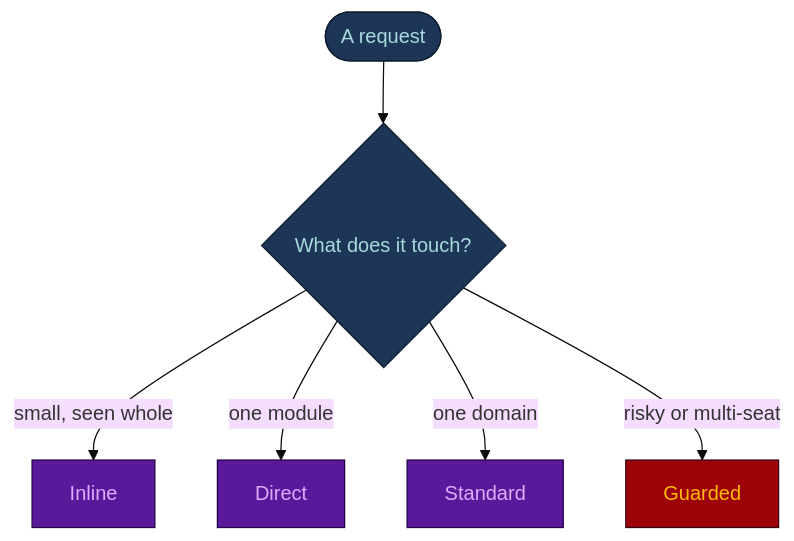
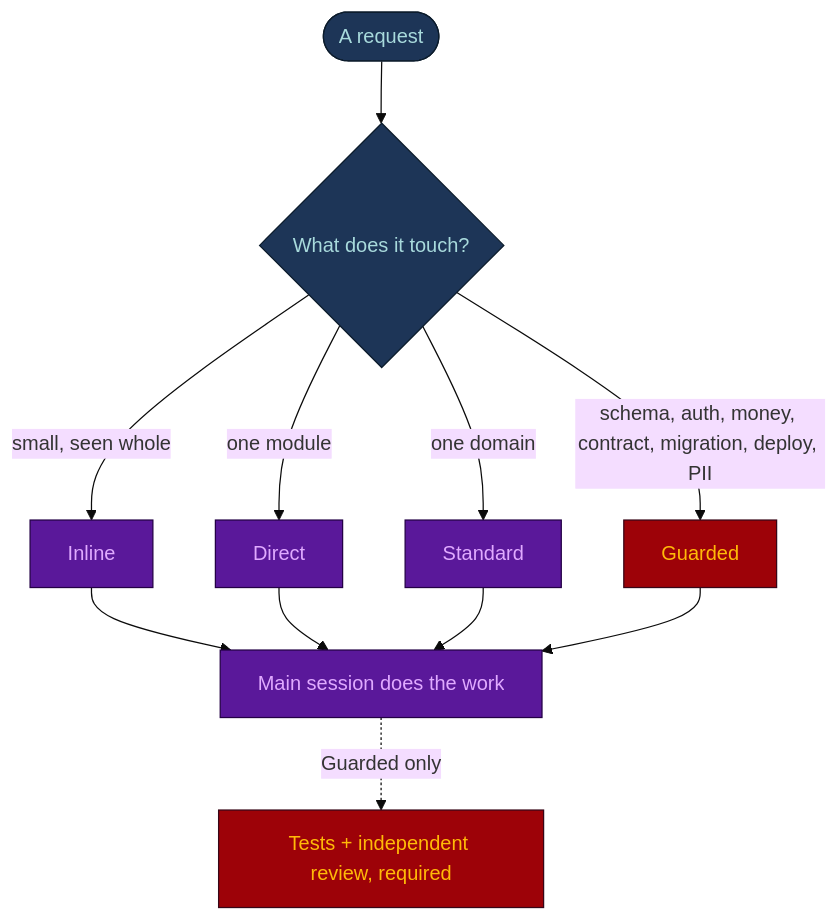
One commit to nguyenhx2/agent-harness-bootstrap changed the eighth of 16 diagrams in docs/FLOWS.md. Above: the diagram before and after it, drawn with Mermaid (base theme). The commit also changed other lines of this file and 107 other files, not shown here.

````diff
--- a/docs/FLOWS.md
+++ b/docs/FLOWS.md
@@ -360,23 +361,30 @@
 ```mermaid
 flowchart TD
     REQ(["A request"])
     T{"What does it touch?"}
     IN["Inline"]
     DI["Direct"]
     ST["Standard"]
     GU["Guarded"]
+    WORK["Main session does the work"]
+    GATE["Tests + independent review, required"]
 
     REQ --> T
     T -->|"small, seen whole"| IN
     T -->|"one module"| DI
     T -->|"one domain"| ST
-    T -->|"risky or multi-seat"| GU
+    T -->|"schema, auth, money, contract, migration, deploy, PII"| GU
+    IN --> WORK
+    DI --> WORK
+    ST --> WORK
+    GU --> WORK
+    WORK -.->|"Guarded only"| GATE
 
     classDef mod fill:#5A189A,stroke:#240046,stroke-width:1px,color:#E0AAFF
     classDef hum fill:#1D3557,stroke:#0B1B2B,stroke-width:1px,color:#A8DADC
     classDef gate fill:#9D0208,stroke:#370617,stroke-width:1px,color:#FFBA08
 
     class REQ,T hum
-    class IN,DI,ST mod
-    class GU gate
+    class IN,DI,ST,WORK mod
+    class GU,GATE gate
 ```
````
